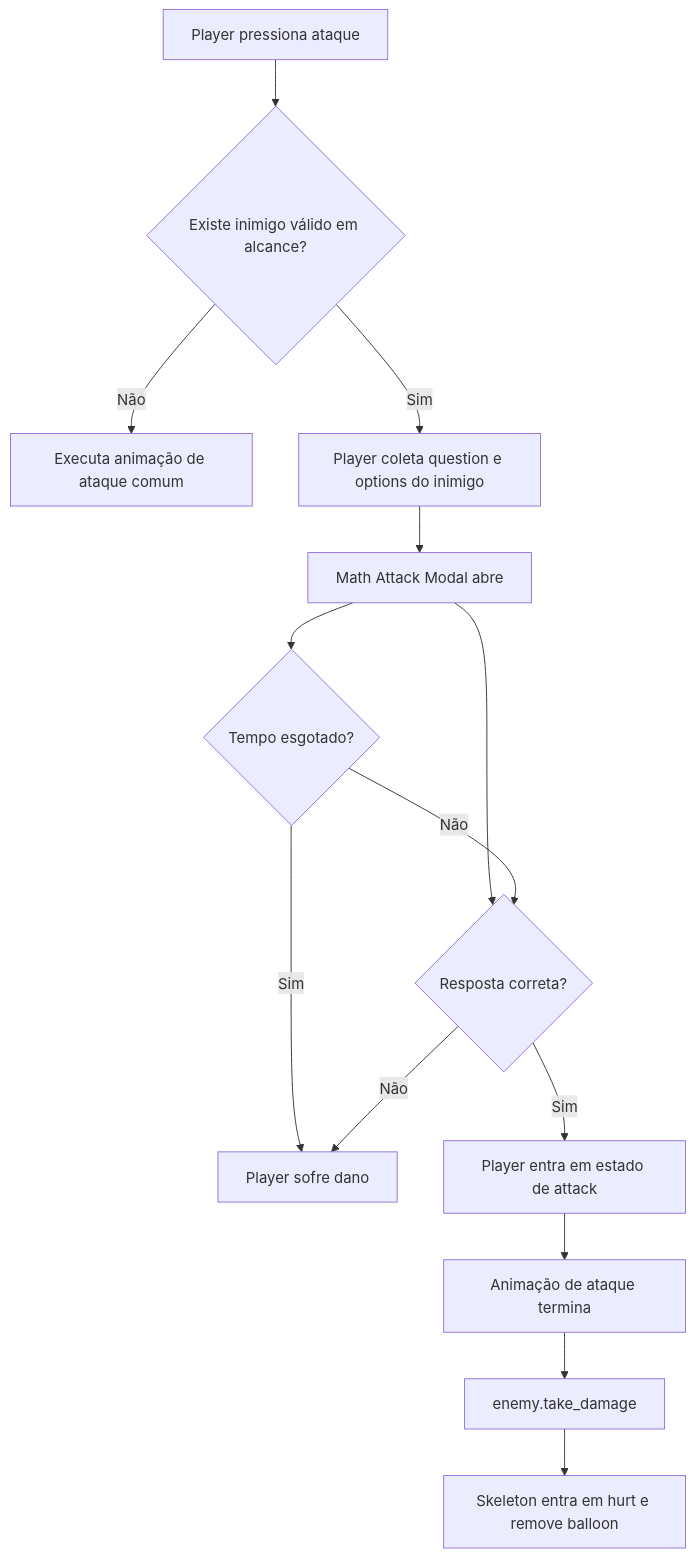
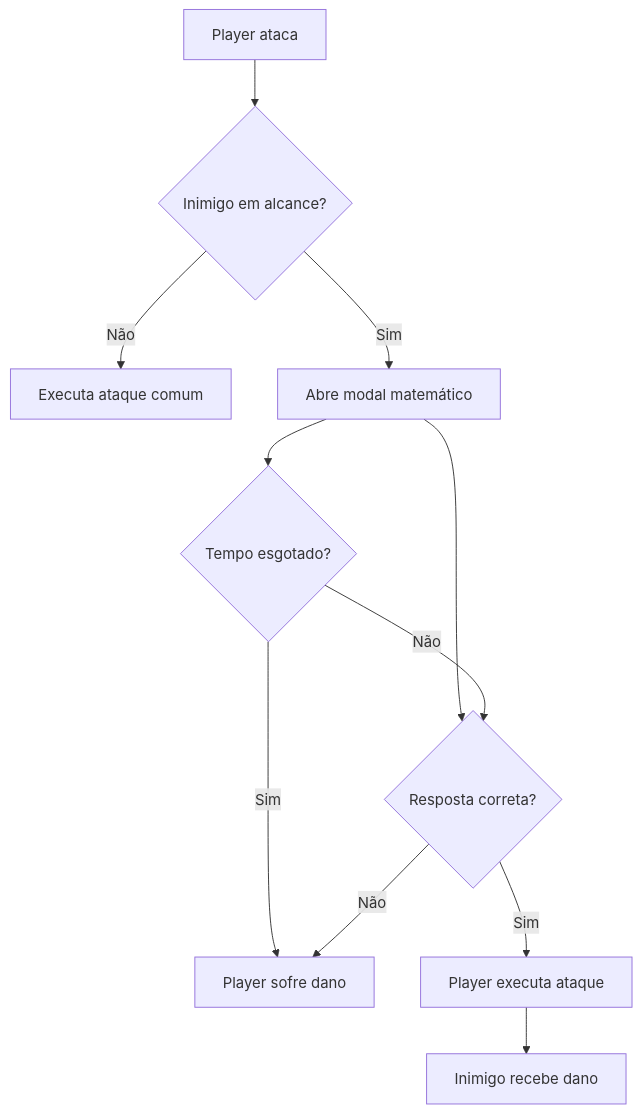
Before and after one commit to GuiMeiring/math-jump: the diagram in README.md, drawn with Mermaid. The commit also changed other lines of this file and 9 other files, not shown here.

````diff
--- a/README.md
+++ b/README.md
@@ -114,16 +95,13 @@
 ```mermaid
 flowchart TD
-    A[Player pressiona ataque] --> B{Existe inimigo válido em alcance?}
-    B -- Não --> C[Executa animação de ataque comum]
-    B -- Sim --> D[Player coleta question e options do inimigo]
-    D --> E[Math Attack Modal abre]
-    E --> F{Resposta correta?}
-    E --> G{Tempo esgotado?}
-    G -- Sim --> H[Player sofre dano]
-    G -- Não --> F
-    F -- Não --> H
-    F -- Sim --> I[Player entra em estado de attack]
-    I --> J[Animação de ataque termina]
-    J --> K[enemy.take_damage]
-    K --> L[Skeleton entra em hurt e remove balloon]
+    A[Player ataca] --> B{Inimigo em alcance?}
+    B -- Não --> C[Executa ataque comum]
+    B -- Sim --> D[Abre modal matemático]
+    D --> E{Resposta correta?}
+    D --> F{Tempo esgotado?}
+    F -- Sim --> G[Player sofre dano]
+    F -- Não --> E
+    E -- Não --> G
+    E -- Sim --> H[Player executa ataque]
+    H --> I[Inimigo recebe dano]
 ```
````
